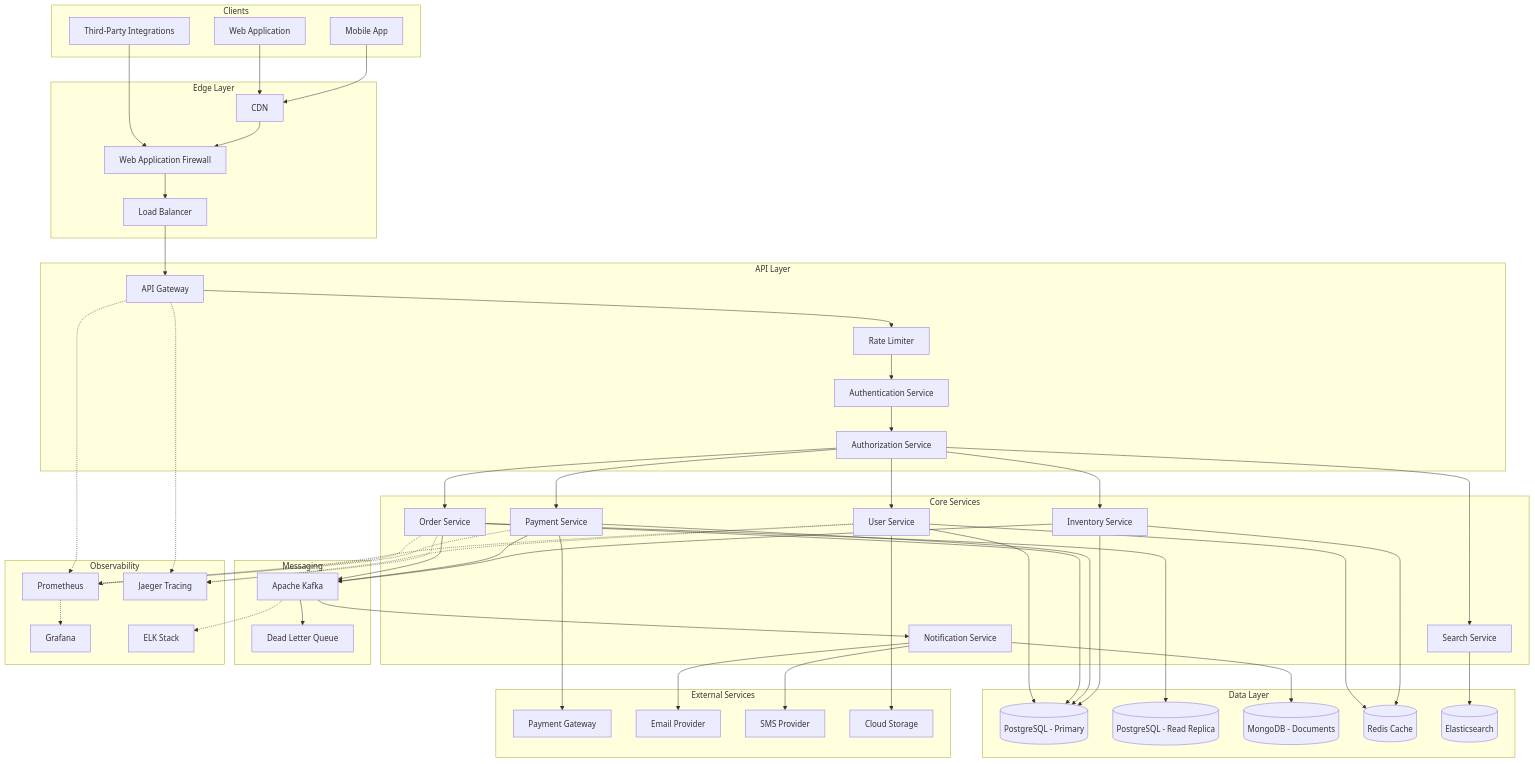
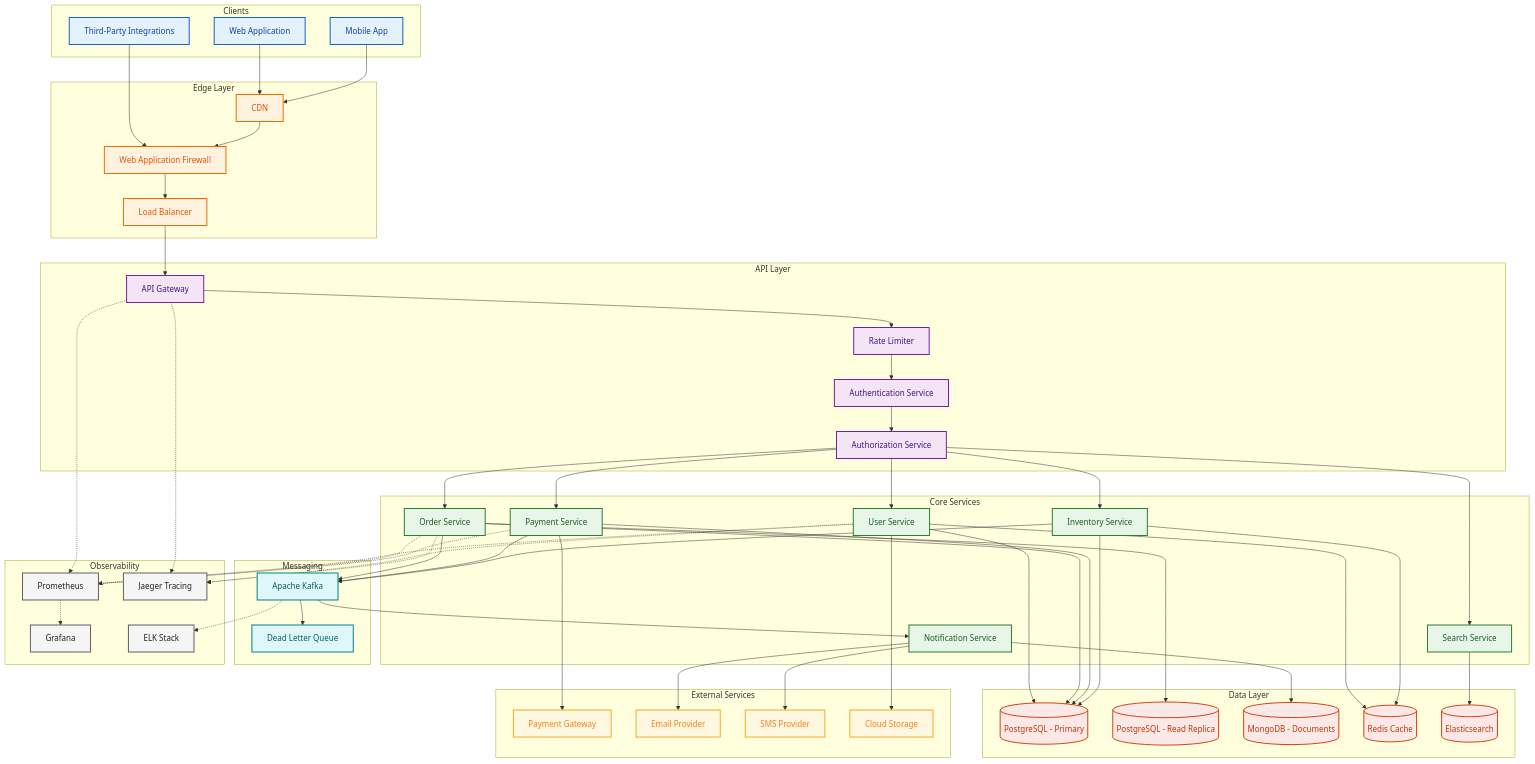
Before and after one commit to geeksranch/archdoc: the second of 2 diagrams in DOC/overall-system-architecture.md, drawn with Mermaid. The commit also changed other lines of this file, not shown here.

Commit message:
Split Mermaid architecture diagram into overview and detailed views

````diff
--- a/DOC/overall-system-architecture.md
+++ b/DOC/overall-system-architecture.md
@@ -109,4 +162,38 @@
     UserService -.-> Jaeger
     OrderService -.-> Jaeger
     Kafka -.-> ELK
+
+    %% Component color definitions
+    classDef clients fill:#E3F2FD,stroke:#1565C0,stroke-width:2px,color:#0D47A1
+    classDef edge fill:#FFF3E0,stroke:#EF6C00,stroke-width:2px,color:#E65100
+    classDef api fill:#F3E5F5,stroke:#7B1FA2,stroke-width:2px,color:#4A148C
+    classDef core fill:#E8F5E9,stroke:#2E7D32,stroke-width:2px,color:#1B5E20
+    classDef data fill:#FBE9E7,stroke:#D84315,stroke-width:2px,color:#BF360C
+    classDef messaging fill:#E0F7FA,stroke:#00838F,stroke-width:2px,color:#006064
+    classDef external fill:#FFF8E1,stroke:#F9A825,stroke-width:2px,color:#F57F17
+    classDef observability fill:#F5F5F5,stroke:#616161,stroke-width:2px,color:#212121
+
+    %% Apply styles to Clients components
+    class Web,Mobile,ThirdParty clients
+
+    %% Apply styles to Edge Layer components
+    class CDN,LB,WAF edge
+
+    %% Apply styles to API Layer components
+    class APIGateway,RateLimiter,Auth,AuthZ api
+
+    %% Apply styles to Core Services components
+    class UserService,OrderService,PaymentService,NotificationService,SearchService,InventoryService core
+
+    %% Apply styles to Data Layer components
+    class PostgresDB,ReadReplica,MongoDB,Redis,Elasticsearch data
+
+    %% Apply styles to Messaging components
+    class Kafka,DeadLetter messaging
+
+    %% Apply styles to External Services components
+    class PaymentGateway,EmailProvider,SMSProvider,CloudStorage external
+
+    %% Apply styles to Observability components
+    class Prometheus,Grafana,Jaeger,ELK observability
 ```
````
